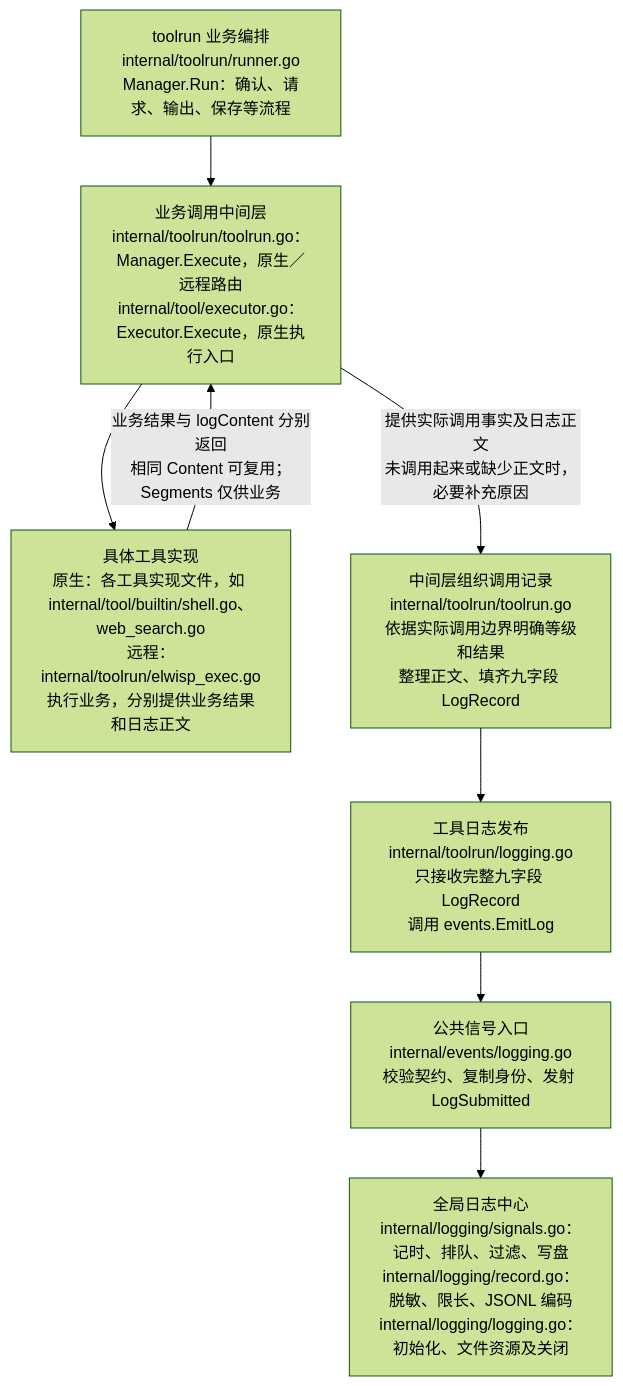
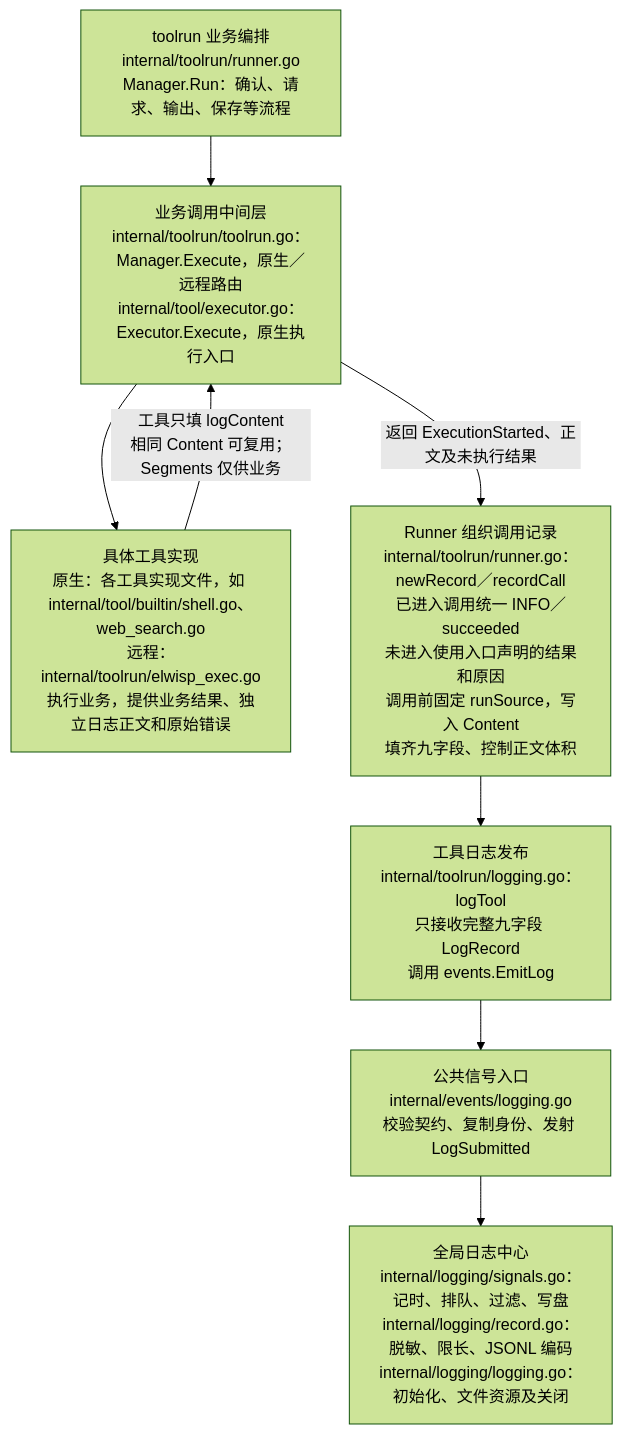
One commit to Elflare/elbot changed the third of 5 diagrams in devdocs/signals-and-logging.md. Above: the diagram before and after it, drawn with Mermaid (forest theme). The commit also changed other lines of this file and 134 other files, not shown here.

````diff
--- a/devdocs/signals-and-logging.md
+++ b/devdocs/signals-and-logging.md
@@ -526,11 +549,11 @@
 ```mermaid
 flowchart TD
     A["toolrun 业务编排<br/>internal/toolrun/runner.go<br/>Manager.Run：确认、请求、输出、保存等流程"]
     A --> B["业务调用中间层<br/>internal/toolrun/toolrun.go：Manager.Execute，原生／远程路由<br/>internal/tool/executor.go：Executor.Execute，原生执行入口"]
-    B --> C["具体工具实现<br/>原生：各工具实现文件，如 internal/tool/builtin/shell.go、web_search.go<br/>远程：internal/toolrun/elwisp_exec.go<br/>执行业务，分别提供业务结果和日志正文"]
-    C -->|"业务结果与 logContent 分别返回<br/>相同 Content 可复用；Segments 仅供业务"| B
-    B -->|"提供实际调用事实及日志正文<br/>未调用起来或缺少正文时，必要补充原因"| D["中间层组织调用记录<br/>internal/toolrun/toolrun.go<br/>依据实际调用边界明确等级和结果<br/>整理正文、填齐九字段 LogRecord"]
-    D --> E["工具日志发布<br/>internal/toolrun/logging.go<br/>只接收完整九字段 LogRecord<br/>调用 events.EmitLog"]
+    B --> C["具体工具实现<br/>原生：各工具实现文件，如 internal/tool/builtin/shell.go、web_search.go<br/>远程：internal/toolrun/elwisp_exec.go<br/>执行业务，提供业务结果、独立日志正文和原始错误"]
+    C -->|"工具只填 logContent<br/>相同 Content 可复用；Segments 仅供业务"| B
+    B -->|"返回 ExecutionStarted、正文及未执行结果"| D["Runner 组织调用记录<br/>internal/toolrun/runner.go：newRecord／recordCall<br/>已进入调用统一 INFO／succeeded<br/>未进入使用入口声明的结果和原因<br/>调用前固定 runSource，写入 Content<br/>填齐九字段、控制正文体积"]
+    D --> E["工具日志发布<br/>internal/toolrun/logging.go：logTool<br/>只接收完整九字段 LogRecord<br/>调用 events.EmitLog"]
     E --> S["公共信号入口<br/>internal/events/logging.go<br/>校验契约、复制身份、发射 LogSubmitted"]
     S --> F["全局日志中心<br/>internal/logging/signals.go：记时、排队、过滤、写盘<br/>internal/logging/record.go：脱敏、限长、JSONL 编码<br/>internal/logging/logging.go：初始化、文件资源及关闭"]
 ```
````
